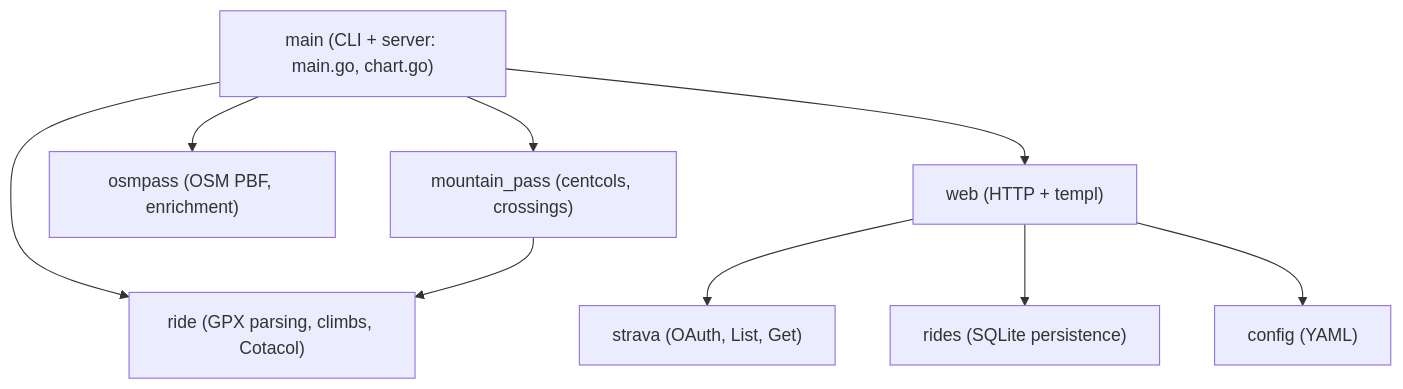
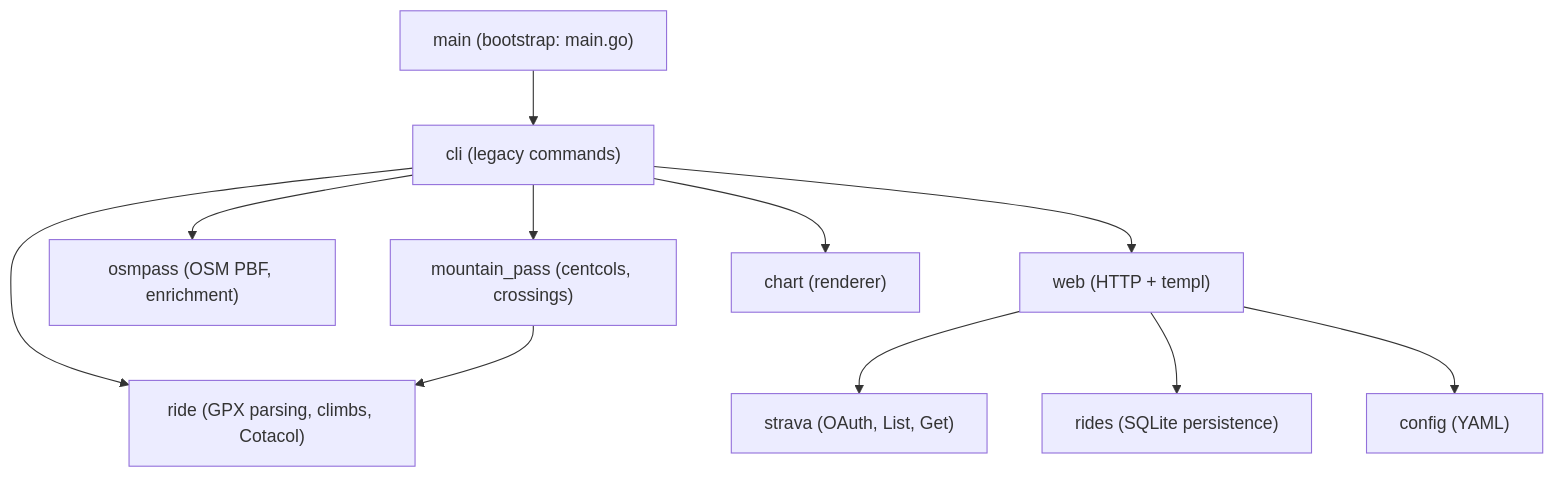
One commit to martinlehoux/biking_home changed the diagram in README.md. Above: the diagram before and after it, drawn with Mermaid. The commit also changed other lines of this file and 3 other files, not shown here.

Commit message:
refactor: Extract CLI and chart packages

````diff
--- a/README.md
+++ b/README.md
@@ -92,23 +94,27 @@
 ```mermaid
 flowchart TB
     %% Arrow X --> Y means: X depends on Y
 
-    main["main (CLI + server: main.go, chart.go)"]
+    main["main (bootstrap: main.go)"]
 
     ride["ride (GPX parsing, climbs, Cotacol)"]
     mpass["mountain_pass (centcols, crossings)"]
     osmpass["osmpass (OSM PBF, enrichment)"]
     strava["strava (OAuth, List, Get)"]
     rides["rides (SQLite persistence)"]
     config["config (YAML)"]
     web["web (HTTP + templ)"]
+    cli["cli (legacy commands)"]
+    chart["chart (renderer)"]
 
-    main --> ride
-    main --> mpass
-    main --> osmpass
-    main --> web
+    main --> cli
+    cli --> ride
+    cli --> mpass
+    cli --> osmpass
+    cli --> web
+    cli --> chart
     mpass --> ride
     web --> strava
     web --> rides
     web --> config
 ```
````
